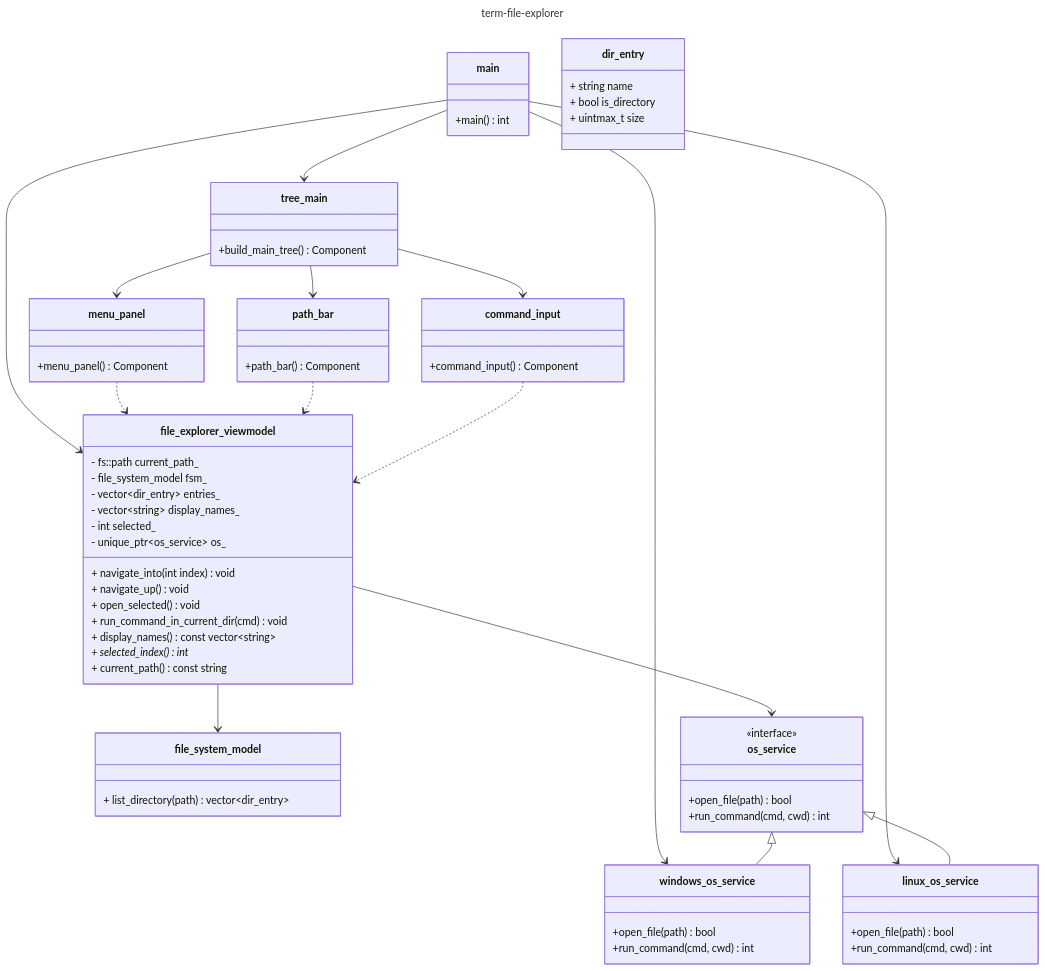
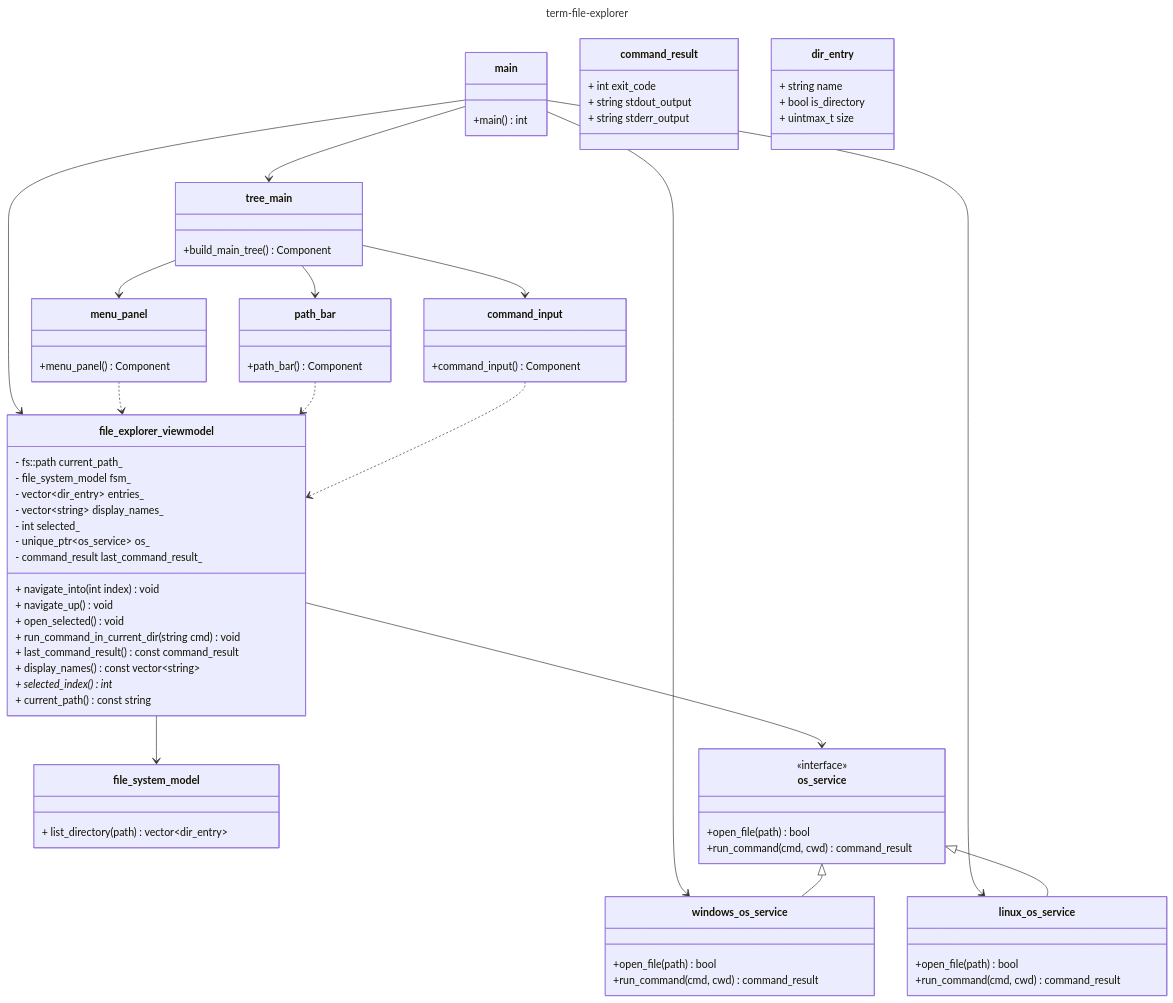
One commit to 45inertia/term-file-explorer changed the first of 5 diagrams in docs/architecture.md. Above: the diagram before and after it, drawn with Mermaid. The commit also changed other lines of this file, not shown here.

First line of the commit message:
docs: update architecture plan

```diff
--- a/docs/architecture.md
+++ b/docs/architecture.md
@@ -21,6 +23,11 @@
     main --> windows_os_service
     main --> linux_os_service
     main --> tree_main
+    class command_result {
+      + int exit_code
+      + string stdout_output
+      + string stderr_output 
+    }
     class dir_entry{
         + string name
         + bool is_directory
@@ -37,13 +44,15 @@
         - vector~string~ display_names_
         - int selected_
         - unique_ptr~os_service~ os_
+        - command_result last_command_result_
 
 
 
         + navigate_into(int index) void
         + navigate_up() void
         + open_selected() void
-        + run_command_in_current_dir(cmd) void
+        + run_command_in_current_dir(string cmd) void
+        + last_command_result() const command_result
         + display_names() const vector~string~
         + selected_index() int*
         + current_path() const string
@@ -55,15 +64,15 @@
     class os_service{
         <<interface>>
         +open_file(path) bool
-        +run_command(cmd, cwd) int
+        +run_command(cmd, cwd) command_result
     }
     class windows_os_service{
         +open_file(path) bool
-        +run_command(cmd, cwd) int
+        +run_command(cmd, cwd) command_result
     }
     class linux_os_service{
         +open_file(path) bool
-        +run_command(cmd, cwd) int
+        +run_command(cmd, cwd) command_result
     }
     os_service <|-- windows_os_service
     os_service <|-- linux_os_service
```
